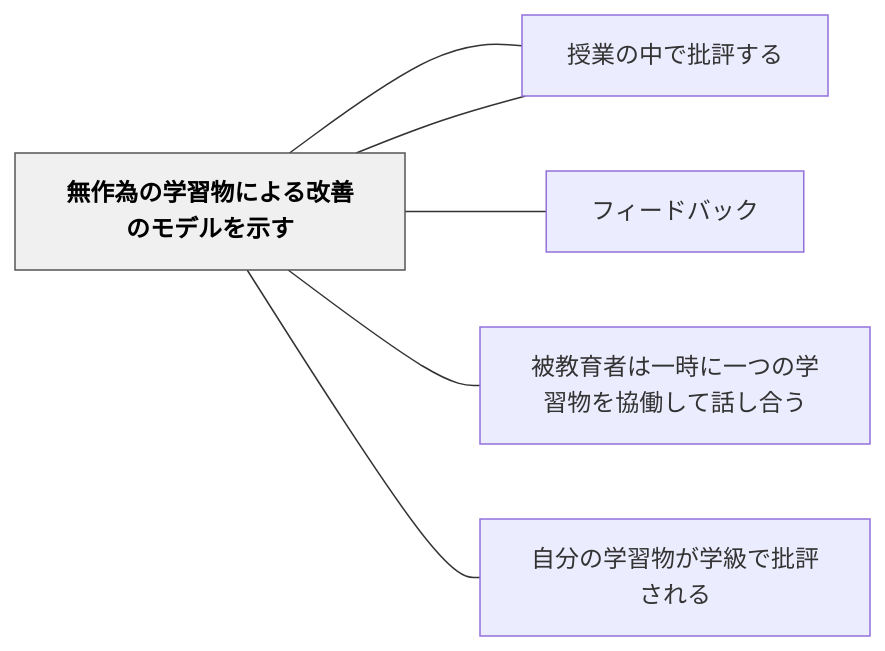
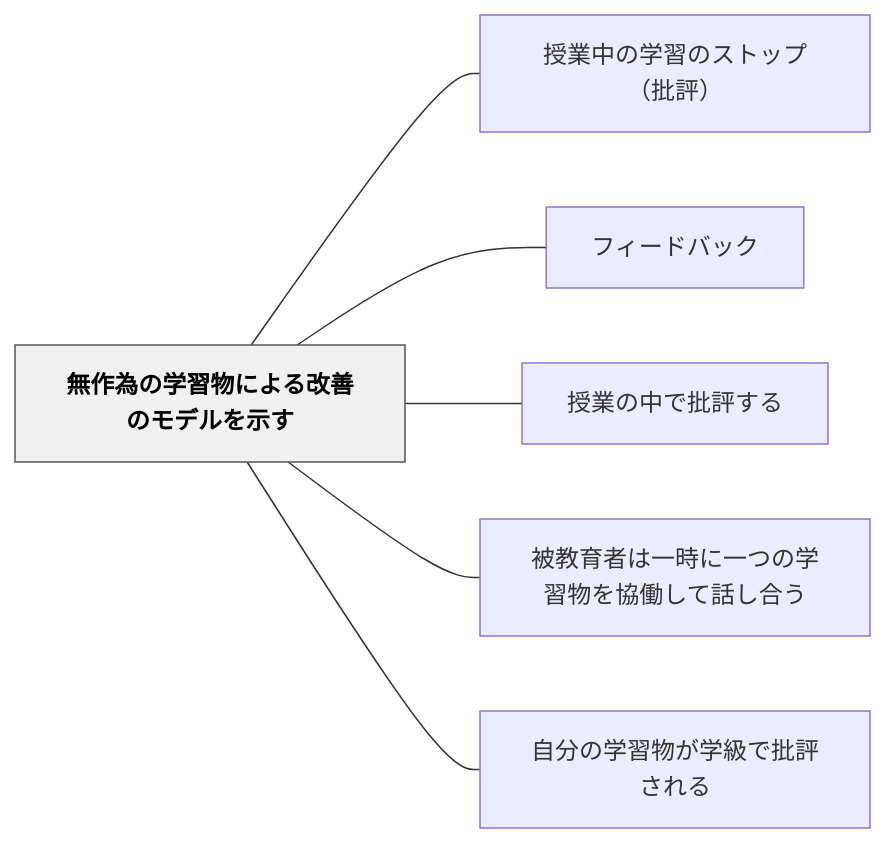
One commit to unknownthings-ed-patterns/unknownthings-ed-patterns changed the diagram in content/パタン/無作為の学習物による改善のモデルを示す.md. Above: the diagram before and after it, drawn with Mermaid. The commit also changed 527 other files, not shown here.

````diff
--- a/content/パタン/無作為の学習物による改善のモデルを示す.md
+++ b/content/パタン/無作為の学習物による改善のモデルを示す.md
@@ -53,18 +53,18 @@
 ```mermaid
 flowchart LR
-    ne784a1e4bd9c["無作為の学習物による改善のモデルを示す"]
-    ne68e88e6a5ad["授業中の学習のストップ（批評）"]
-    ne38395e382a3["フィードバック"]
-    ne68e88e6a5ad["授業の中で批評する"]
-    ne8a2abe69599["被教育者は一時に一つの学習物を協働して話し合う"]
-    ne887aae58886["自分の学習物が学級で批評される"]
+    ne784a1e4bd9ce782bae381aee5ada6e7bf92e789a9e381abe38288e3828be694b9e59684e381aee383a2e38387e383abe38292e7a4bae38199["無作為の学習物による改善のモデルを示す"]
+    ne68e88e6a5ade4b8ade381aee5ada6e7bf92e381aee382b9e38388e38383e38397efbc88e689b9e8a995efbc89["授業中の学習のストップ（批評）"]
+    ne38395e382a3e383bce38389e38390e38383e382af["フィードバック"]
+    ne68e88e6a5ade381aee4b8ade381a7e689b9e8a995e38199e3828b["授業の中で批評する"]
+    ne8a2abe69599e882b2e88085e381afe4b880e69982e381abe4b880e381a4e381aee5ada6e7bf92e789a9e38292e58d94e5838de38197e381a6e8a9b1e38197e59088e38186["被教育者は一時に一つの学習物を協働して話し合う"]
+    ne887aae58886e381aee5ada6e7bf92e789a9e3818ce5ada6e7b49ae381a7e689b9e8a995e38195e3828ce3828b["自分の学習物が学級で批評される"]
 
-    ne784a1e4bd9c --- ne68e88e6a5ad
-    ne784a1e4bd9c --- ne38395e382a3
-    ne784a1e4bd9c --- ne68e88e6a5ad
-    ne784a1e4bd9c --- ne8a2abe69599
-    ne784a1e4bd9c --- ne887aae58886
+    ne784a1e4bd9ce782bae381aee5ada6e7bf92e789a9e381abe38288e3828be694b9e59684e381aee383a2e38387e383abe38292e7a4bae38199 --- ne68e88e6a5ade4b8ade381aee5ada6e7bf92e381aee382b9e38388e38383e38397efbc88e689b9e8a995efbc89
+    ne784a1e4bd9ce782bae381aee5ada6e7bf92e789a9e381abe38288e3828be694b9e59684e381aee383a2e38387e383abe38292e7a4bae38199 --- ne38395e382a3e383bce38389e38390e38383e382af
+    ne784a1e4bd9ce782bae381aee5ada6e7bf92e789a9e381abe38288e3828be694b9e59684e381aee383a2e38387e383abe38292e7a4bae38199 --- ne68e88e6a5ade381aee4b8ade381a7e689b9e8a995e38199e3828b
+    ne784a1e4bd9ce782bae381aee5ada6e7bf92e789a9e381abe38288e3828be694b9e59684e381aee383a2e38387e383abe38292e7a4bae38199 --- ne8a2abe69599e882b2e88085e381afe4b880e69982e381abe4b880e381a4e381aee5ada6e7bf92e789a9e38292e58d94e5838de38197e381a6e8a9b1e38197e59088e38186
+    ne784a1e4bd9ce782bae381aee5ada6e7bf92e789a9e381abe38288e3828be694b9e59684e381aee383a2e38387e383abe38292e7a4bae38199 --- ne887aae58886e381aee5ada6e7bf92e789a9e3818ce5ada6e7b49ae381a7e689b9e8a995e38195e3828ce3828b
 
     classDef hub fill:#f0f0f0,stroke:#555,color:#000,font-weight:bold
-    class ne784a1e4bd9c hub
+    class ne784a1e4bd9ce782bae381aee5ada6e7bf92e789a9e381abe38288e3828be694b9e59684e381aee383a2e38387e383abe38292e7a4bae38199 hub
 ```
````
